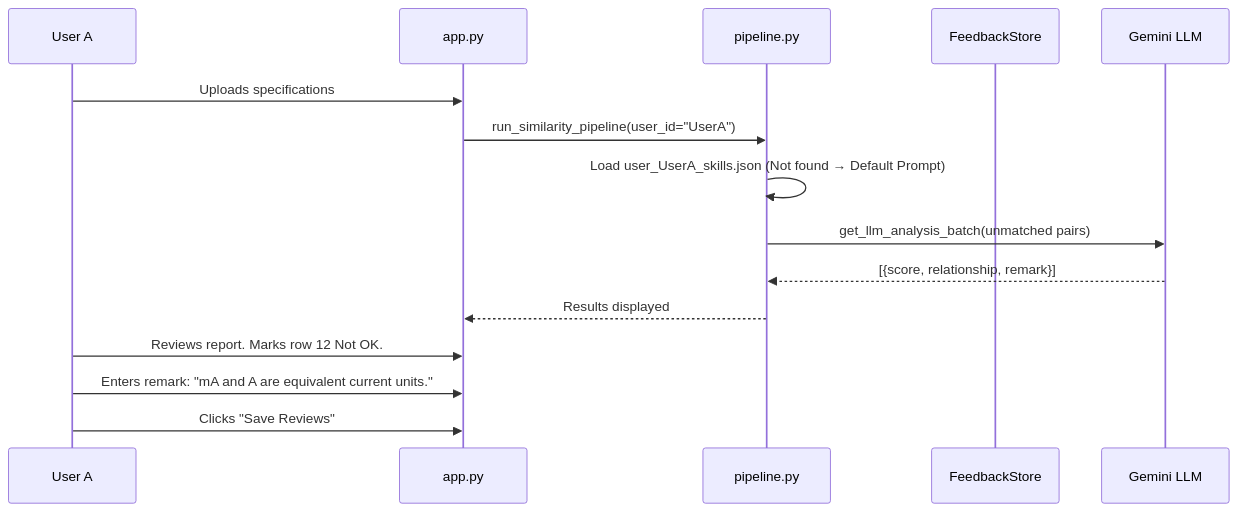
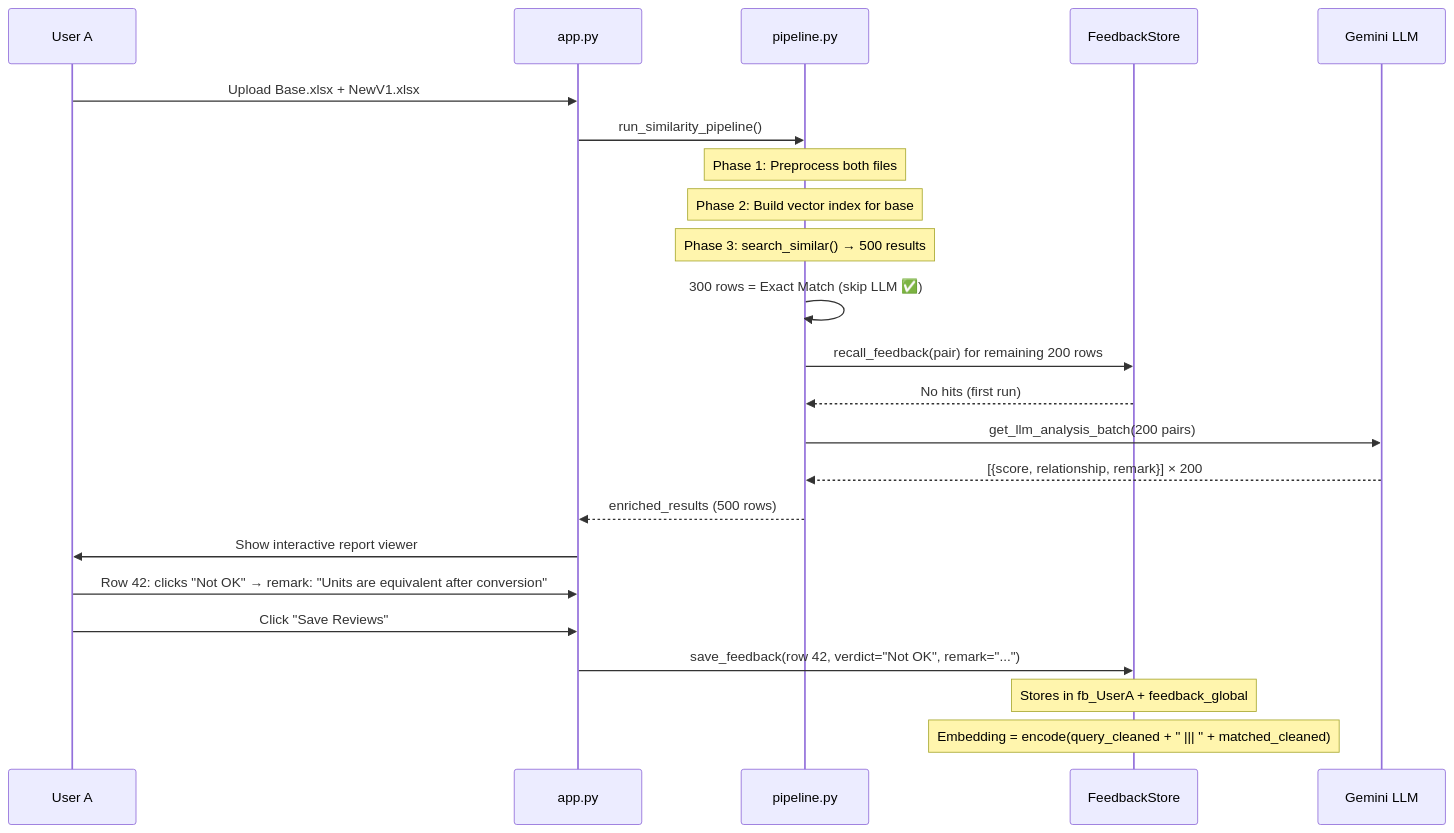
Before and after one commit to Vignesh-Manivasakam/Exchange: the second of 5 diagrams in Exchange/implementation_plan.md, drawn with Mermaid. The commit also changed other lines of this file, not shown here.

````diff
--- a/Exchange/implementation_plan.md
+++ b/Exchange/implementation_plan.md
@@ -114,18 +113,30 @@
 ```mermaid
 sequenceDiagram
     participant UA as User A
     participant APP as app.py
     participant PL as pipeline.py
     participant FS as FeedbackStore
     participant LLM as Gemini LLM
 
-    UA->>APP: Uploads specifications
-    APP->>PL: run_similarity_pipeline(user_id="UserA")
-    PL->>PL: Load user_UserA_skills.json (Not found → Default Prompt)
-    PL->>LLM: get_llm_analysis_batch(unmatched pairs)
-    LLM-->>PL: [{score, relationship, remark}]
-    PL-->>APP: Results displayed
-    UA->>APP: Reviews report. Marks row 12 Not OK.
-    UA->>APP: Enters remark: "mA and A are equivalent current units."
-    UA->>APP: Clicks "Save Reviews"
+    UA->>APP: Upload Base.xlsx + NewV1.xlsx
+    APP->>PL: run_similarity_pipeline()
+    
+    Note over PL: Phase 1: Preprocess both files
+    Note over PL: Phase 2: Build vector index for base
+    Note over PL: Phase 3: search_similar() → 500 results
+    
+    PL->>PL: 300 rows = Exact Match (skip LLM ✅)
+    PL->>FS: recall_feedback(pair) for remaining 200 rows
+    FS-->>PL: No hits (first run)
+    PL->>LLM: get_llm_analysis_batch(200 pairs)
+    LLM-->>PL: [{score, relationship, remark}] × 200
+    PL-->>APP: enriched_results (500 rows)
+    
+    APP->>UA: Show interactive report viewer
+    UA->>APP: Row 42: clicks "Not OK" → remark: "Units are equivalent after conversion"
+    UA->>APP: Click "Save Reviews"
+    
+    APP->>FS: save_feedback(row 42, verdict="Not OK", remark="...")
+    Note over FS: Stores in fb_UserA + feedback_global
+    Note over FS: Embedding = encode(query_cleaned + " ||| " + matched_cleaned)
 ```
````
